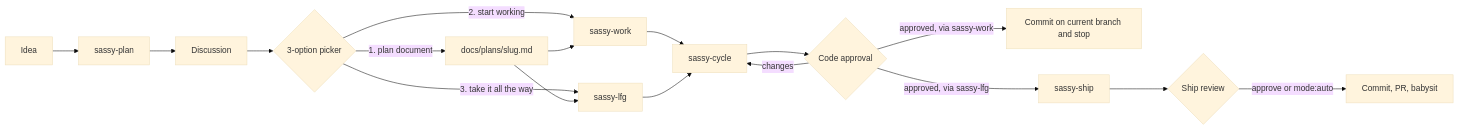
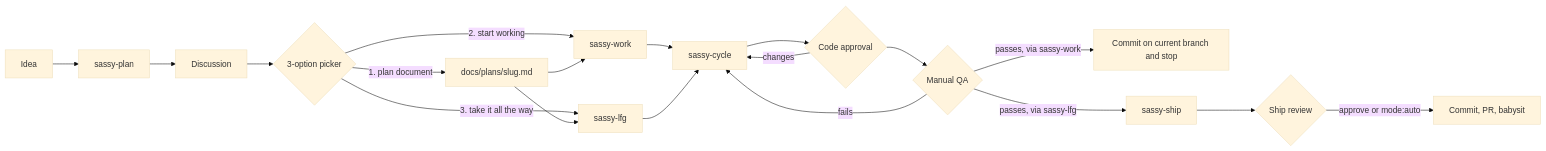
Before and after one commit to sassywares/sassy-skills: the first of 2 diagrams in README.md, drawn with Mermaid (base theme). The commit also changed other lines of this file and 6 other files, not shown here.

````diff
--- a/README.md
+++ b/README.md
@@ -120,19 +120,21 @@
 ```mermaid
 flowchart LR
   A[Idea] --> B[sassy-plan]
   B --> C[Discussion]
   C --> D{3-option picker}
   D -->|1. plan document| E[docs/plans/slug.md]
   D -->|2. start working| F[sassy-work]
   D -->|3. take it all the way| G[sassy-lfg]
   E --> F
   E --> G
   F --> H[sassy-cycle]
   G --> H
   H --> I{Code approval}
   I -->|changes| H
-  I -->|approved, via sassy-work| J[Commit on current branch and stop]
-  I -->|approved, via sassy-lfg| K[sassy-ship]
+  I --> Q{Manual QA}
+  Q -->|fails| H
+  Q -->|passes, via sassy-work| J[Commit on current branch and stop]
+  Q -->|passes, via sassy-lfg| K[sassy-ship]
   K --> L{Ship review}
   L -->|approve or mode:auto| M[Commit, PR, babysit]
 ```
````
